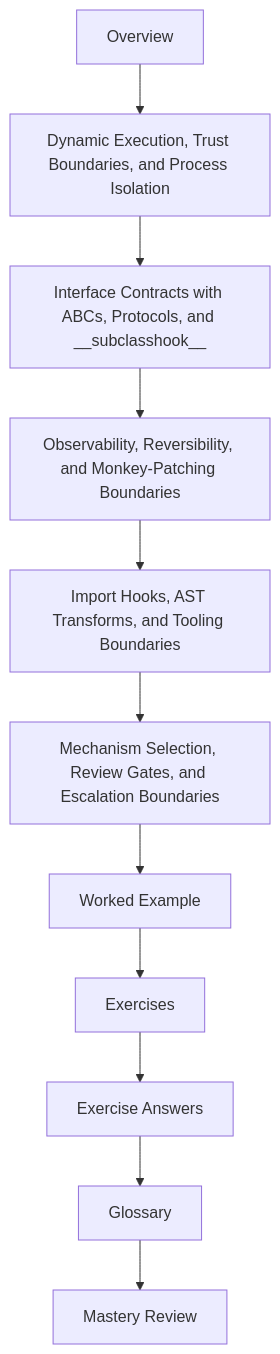
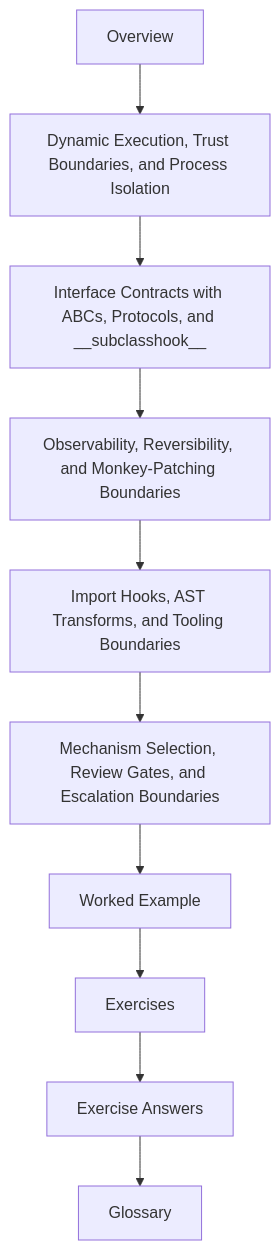
The second of 2 diagrams in programs/python-programming/python-meta-programming/course-book/module-10-runtime-governance-mastery-review/index.md (bijux/bijux-masterclass), drawn with Mermaid before and after one commit. The commit also changed other lines of this file and 8 other files, not shown here.

````diff
--- a/programs/python-programming/python-meta-programming/course-book/module-10-runtime-governance-mastery-review/index.md
+++ b/programs/python-programming/python-meta-programming/course-book/module-10-runtime-governance-mastery-review/index.md
@@ -15,13 +15,12 @@
 ```mermaid
 flowchart TD
   overview["Overview"] --> core1["Dynamic Execution, Trust Boundaries, and Process Isolation"]
   core1 --> core2["Interface Contracts with ABCs, Protocols, and __subclasshook__"]
   core2 --> core3["Observability, Reversibility, and Monkey-Patching Boundaries"]
   core3 --> core4["Import Hooks, AST Transforms, and Tooling Boundaries"]
   core4 --> core5["Mechanism Selection, Review Gates, and Escalation Boundaries"]
   core5 --> example["Worked Example"]
   example --> practice["Exercises"]
   practice --> answers["Exercise Answers"]
   answers --> glossary["Glossary"]
-  glossary --> review["Mastery Review"]
 ```
````
